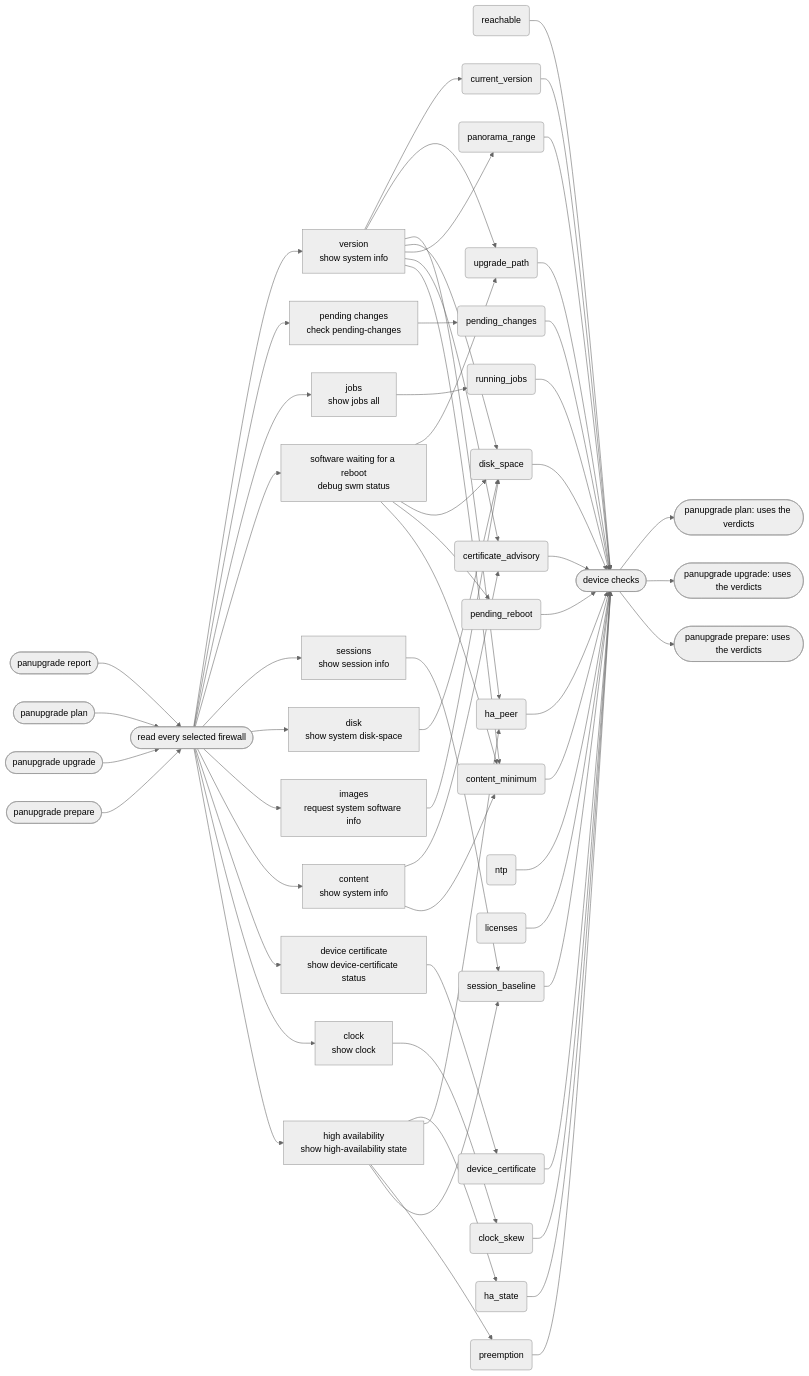
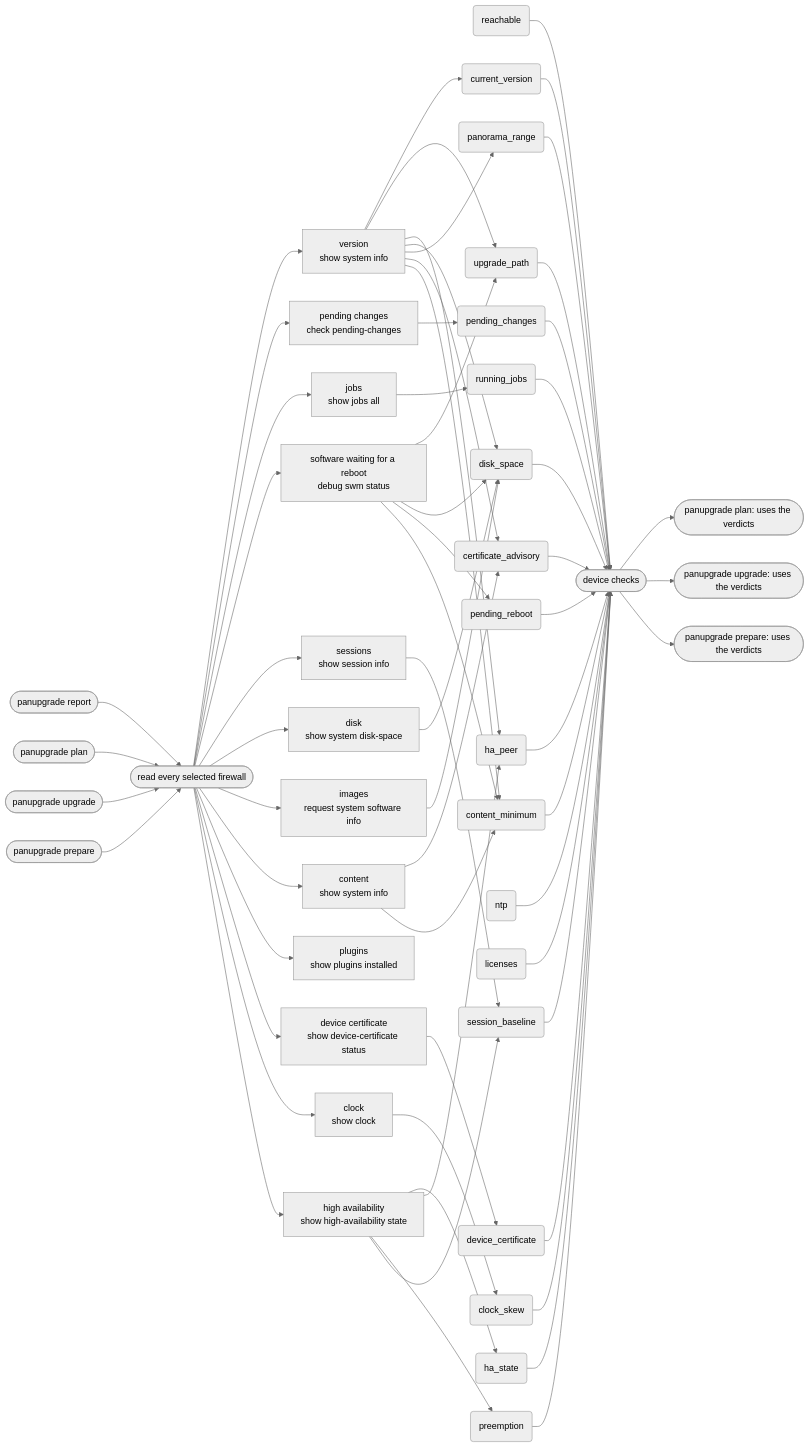
Before and after one commit to fettigcj/panUpgrade: the second of 2 diagrams in docs/flow/checks.md, drawn with Mermaid (neutral theme). The commit also changed other lines of this file and 21 other files, not shown here.

First line of the commit message:
Level HA members' installed plugins in prepare so the config sync works

```diff
--- a/docs/flow/checks.md
+++ b/docs/flow/checks.md
@@ -134,6 +135,8 @@
     reads --> q_images
     q_content["content<br/>show system info"]
     reads --> q_content
+    q_plugins["plugins<br/>show plugins installed"]
+    reads --> q_plugins
     q_device_certificate["device certificate<br/>show device-certificate status"]
     reads --> q_device_certificate
     q_clock["clock<br/>show clock"]
```
